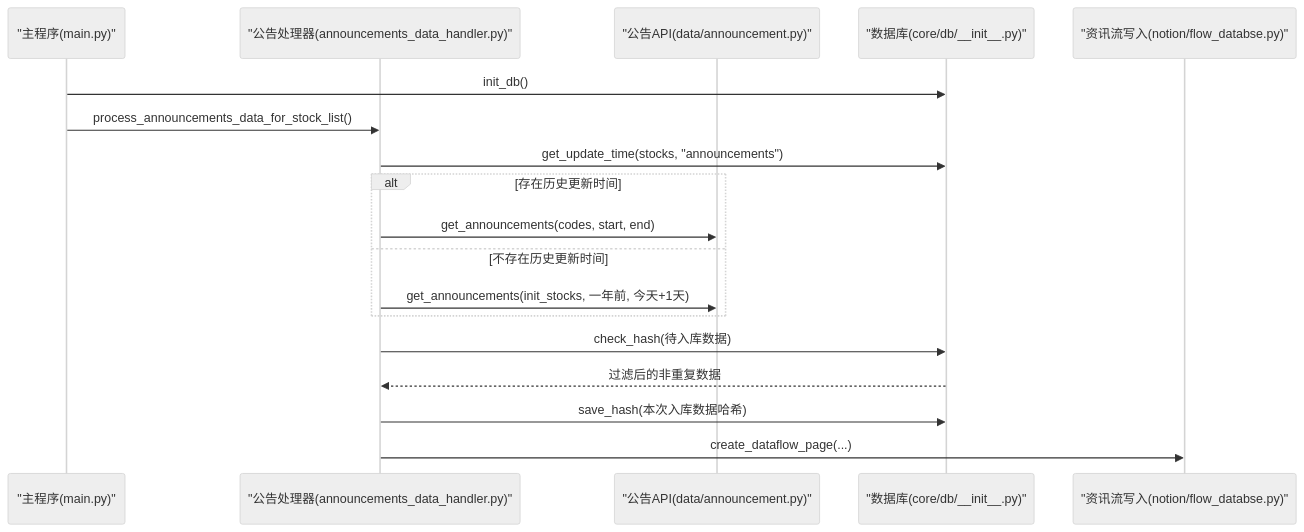
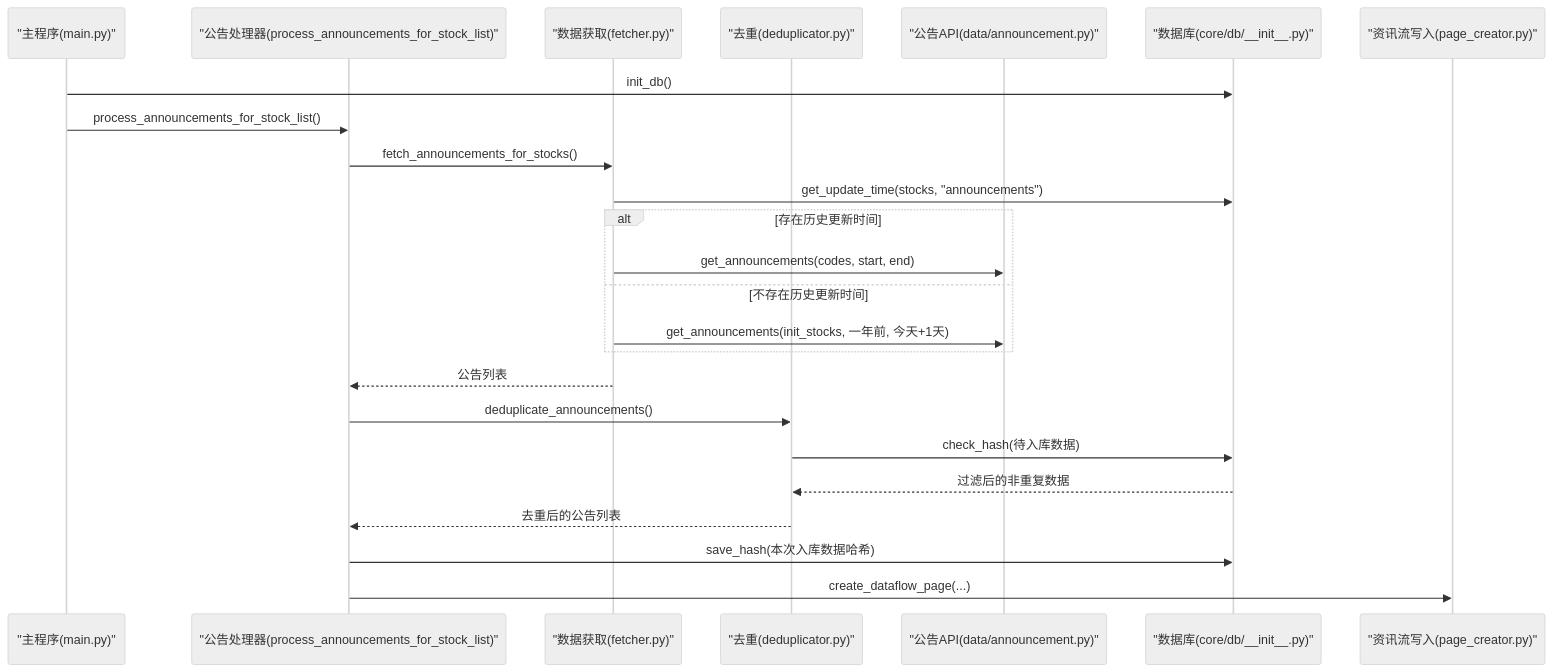
Before and after one commit to iverwong/DataLife: the second of 8 diagrams in .qoder/repowiki/zh/content/核心模块详解/数据库管理模块.md, drawn with Mermaid (neutral theme). The commit also changed other lines of this file and 14 other files, not shown here.

````diff
--- a/.qoder/repowiki/zh/content/核心模块详解/数据库管理模块.md
+++ b/.qoder/repowiki/zh/content/核心模块详解/数据库管理模块.md
@@ -103,20 +109,26 @@
 ```mermaid
 sequenceDiagram
 participant Main as "主程序(main.py)"
-participant Handler as "公告处理器(announcements_data_handler.py)"
+participant Handler as "公告处理器(process_announcements_for_stock_list)"
+participant Fetcher as "数据获取(fetcher.py)"
+participant Deduplicator as "去重(deduplicator.py)"
 participant AnnAPI as "公告API(data/announcement.py)"
 participant DB as "数据库(core/db/__init__.py)"
-participant Notion as "资讯流写入(notion/flow_databse.py)"
+participant Notion as "资讯流写入(page_creator.py)"
 Main->>DB : init_db()
-Main->>Handler : process_announcements_data_for_stock_list()
-Handler->>DB : get_update_time(stocks, "announcements")
+Main->>Handler : process_announcements_for_stock_list()
+Handler->>Fetcher : fetch_announcements_for_stocks()
+Fetcher->>DB : get_update_time(stocks, "announcements")
 alt 存在历史更新时间
-Handler->>AnnAPI : get_announcements(codes, start, end)
+Fetcher->>AnnAPI : get_announcements(codes, start, end)
 else 不存在历史更新时间
-Handler->>AnnAPI : get_announcements(init_stocks, 一年前, 今天+1天)
+Fetcher->>AnnAPI : get_announcements(init_stocks, 一年前, 今天+1天)
 end
-Handler->>DB : check_hash(待入库数据)
-DB-->>Handler : 过滤后的非重复数据
+Fetcher-->>Handler : 公告列表
+Handler->>Deduplicator : deduplicate_announcements()
+Deduplicator->>DB : check_hash(待入库数据)
+DB-->>Deduplicator : 过滤后的非重复数据
+Deduplicator-->>Handler : 去重后的公告列表
 Handler->>DB : save_hash(本次入库数据哈希)
 Handler->>Notion : create_dataflow_page(...)
 ```
````
